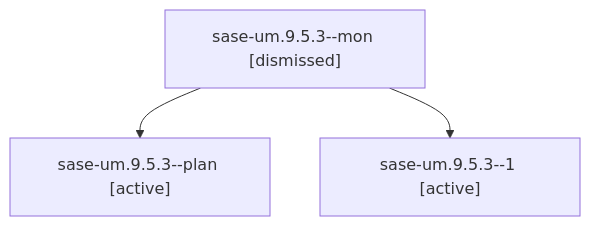
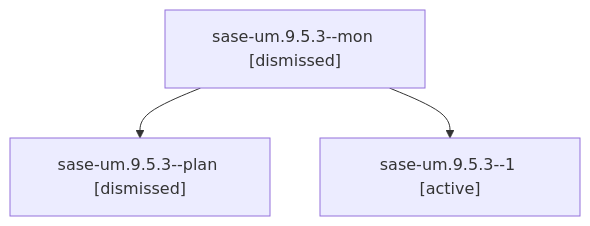
Before and after one commit to sase-org/sase--agents: the diagram in sessions/bbugyi200.athena.sase-um.9.5.3.md, drawn with Mermaid. The commit also changed other lines of this file and 240 other files, not shown here.

````diff
--- a/sessions/bbugyi200.athena.sase-um.9.5.3.md
+++ b/sessions/bbugyi200.athena.sase-um.9.5.3.md
@@ -9,8 +9,8 @@
 ```mermaid
 flowchart TD
   n0["sase-um.9.5.3--mon [dismissed]"]
-  n1["sase-um.9.5.3--plan [active]"]
+  n1["sase-um.9.5.3--plan [dismissed]"]
   n0 --> n1
   n2["sase-um.9.5.3--1 [active]"]
   n0 --> n2
 ```
````
